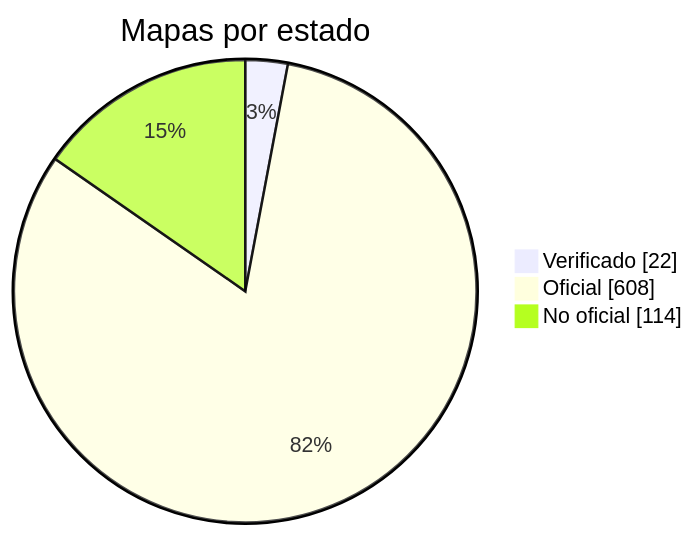
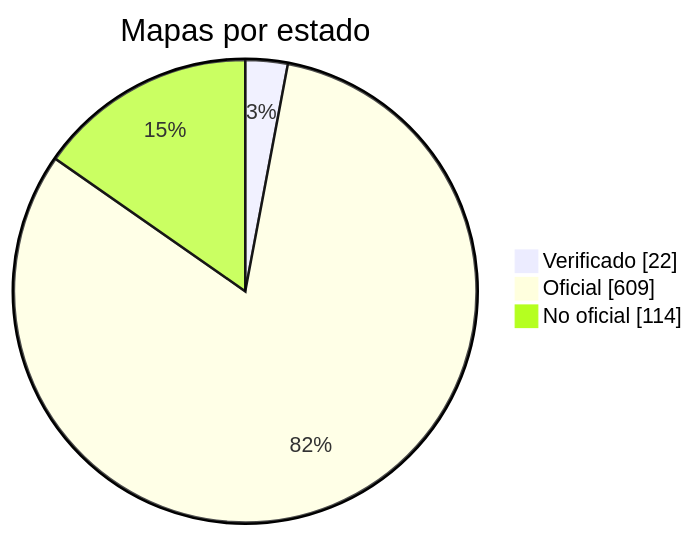
One commit to nobrega8/mbmap-library changed the diagram in docs/readme/README_ES.md. Above: the diagram before and after it, drawn with Mermaid. The commit also changed 6 other files, not shown here.

````diff
--- a/docs/readme/README_ES.md
+++ b/docs/readme/README_ES.md
@@ -54,7 +54,7 @@
 ```mermaid
 pie showData
     title Mapas por estado
     "Verificado" : 22
-    "Oficial" : 608
+    "Oficial" : 609
     "No oficial" : 114
 ```
````
